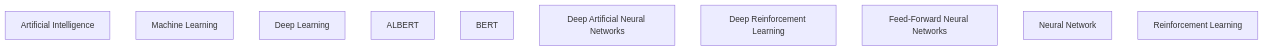
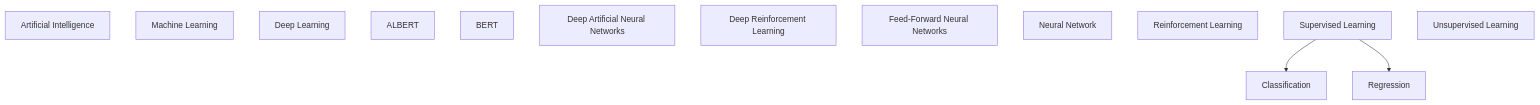
The second of 2 diagrams in knowledge/AI.md (rogier-stegeman/rkb), drawn with Mermaid before and after one commit. The commit also changed other lines of this file, not shown here.

````diff
--- a/knowledge/AI.md
+++ b/knowledge/AI.md
@@ -27,14 +54,22 @@
 ```mermaid
 graph TD
 AI[Artificial Intelligence]
 ML[Machine Learning]
 DL[Deep Learning]
 
 ALBERT[ALBERT]
 BERT[BERT]
+CLASS[Classification]
 DANN[Deep Artificial Neural Networks]
 DRL[Deep Reinforcement Learning]
 FFNN[Feed-Forward Neural Networks]
 NN[Neural Network]
 RL[Reinforcement Learning]
+REG[Regression]
+SL[Supervised Learning]
+UL[Unsupervised Learning]
+
+SL --> CLASS
+SL --> REG
+
 ```
````
